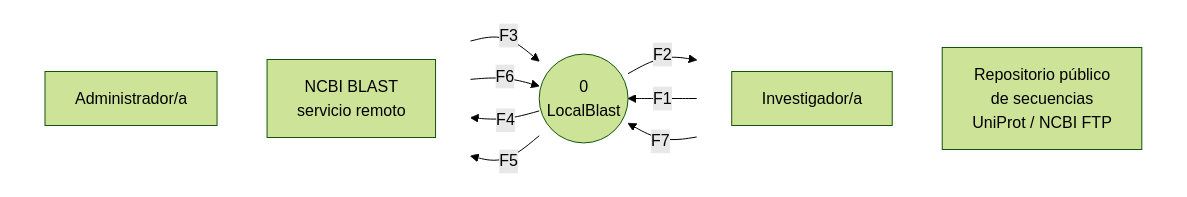
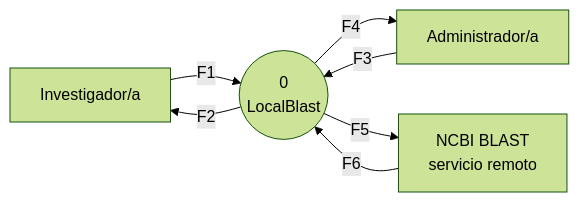
Before and after one commit to agwursten/Secondary-Repo-GUI-Blast: the first of 2 diagrams in docs/architecture/contexto-inicial.md, drawn with Mermaid (forest theme). The commit also changed other lines of this file and 4 other files, not shown here.

````diff
--- a/docs/architecture/contexto-inicial.md
+++ b/docs/architecture/contexto-inicial.md
@@ -15,27 +17,16 @@
 ```mermaid
 flowchart LR
-    subgraph IZQ[" "]
-        direction TB
-        INV[Investigador/a]
-        REPO[Repositorio público<br/>de secuencias<br/>UniProt / NCBI FTP]
-    end
+    INV[Investigador/a]
 
     P((0<br/>LocalBlast))
 
-    subgraph DER[" "]
-        direction TB
-        ADM[Administrador/a]
-        NCBI[NCBI BLAST<br/>servicio remoto]
-    end
+    ADM[Administrador/a]
+    NCBI[NCBI BLAST<br/>servicio remoto]
 
     INV -->|F1| P
     P -->|F2| INV
     ADM -->|F3| P
     P -->|F4| ADM
     P -->|F5| NCBI
     NCBI -->|F6| P
-    REPO -->|F7| P
-
-    style IZQ fill:none,stroke:none
-    style DER fill:none,stroke:none
 ```
````
